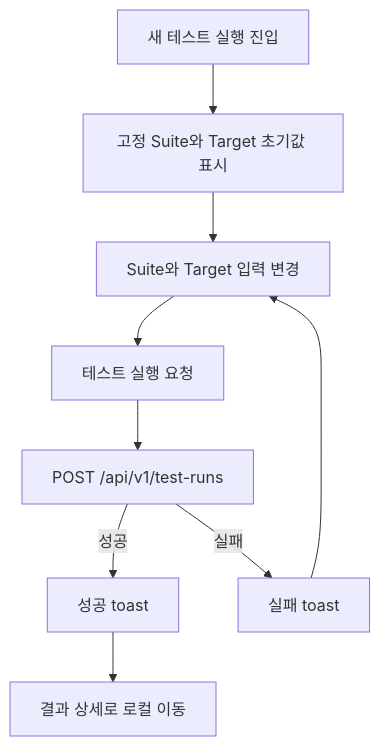
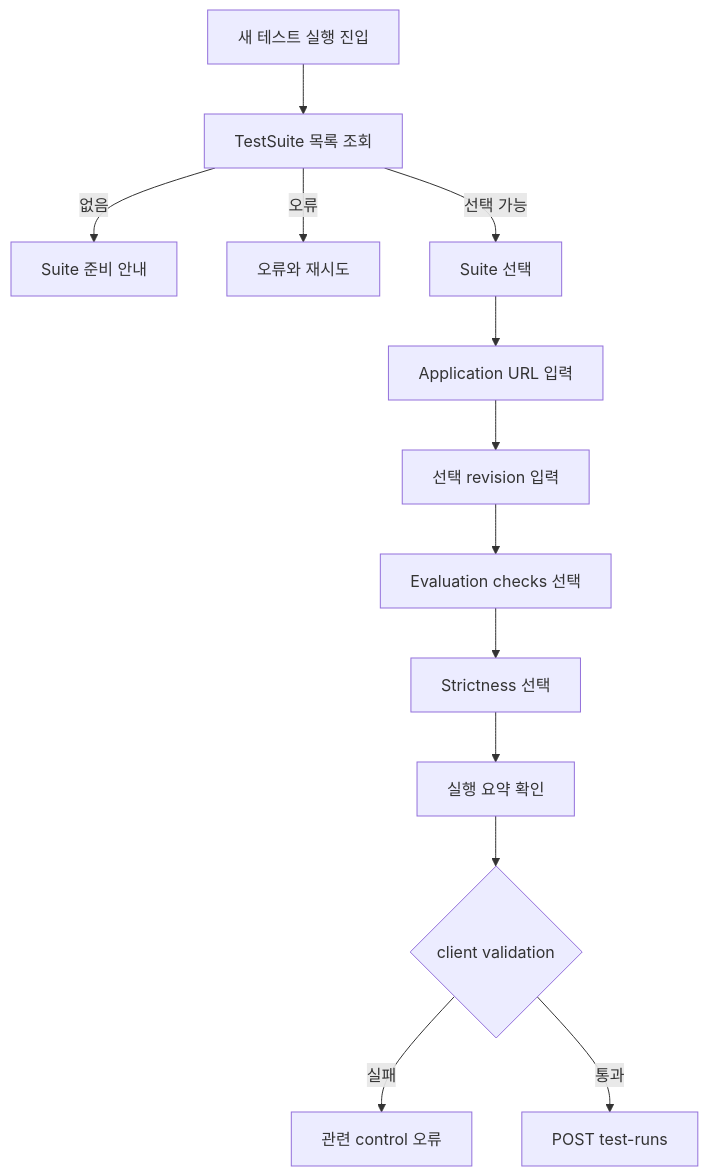
The third of 6 diagrams in docs/product/user-flows.md (GuardBench/guardbench-frontend), drawn with Mermaid before and after one commit. The commit also changed other lines of this file and 1 other file, not shown here.

````diff
--- a/docs/product/user-flows.md
+++ b/docs/product/user-flows.md
@@ -171,11 +109,15 @@
 ```mermaid
 flowchart TD
-    A[새 테스트 실행 진입] --> B[고정 Suite와 Target 초기값 표시]
-    B --> C[Suite와 Target 입력 변경]
-    C --> D[테스트 실행 요청]
-    D --> E[POST /api/v1/test-runs]
-    E -->|성공| F[성공 toast]
-    F --> G[결과 상세로 로컬 이동]
-    E -->|실패| H[실패 toast]
-    H --> C
+    A[새 테스트 실행 진입] --> B[TestSuite 목록 조회]
+    B -->|없음| C[Suite 준비 안내]
+    B -->|오류| D[오류와 재시도]
+    B -->|선택 가능| E[Suite 선택]
+    E --> F[Application URL 입력]
+    F --> G[선택 revision 입력]
+    G --> H[Evaluation checks 선택]
+    H --> I[Strictness 선택]
+    I --> J[실행 요약 확인]
+    J --> K{client validation}
+    K -->|실패| L[관련 control 오류]
+    K -->|통과| M[POST test-runs]
 ```
````
